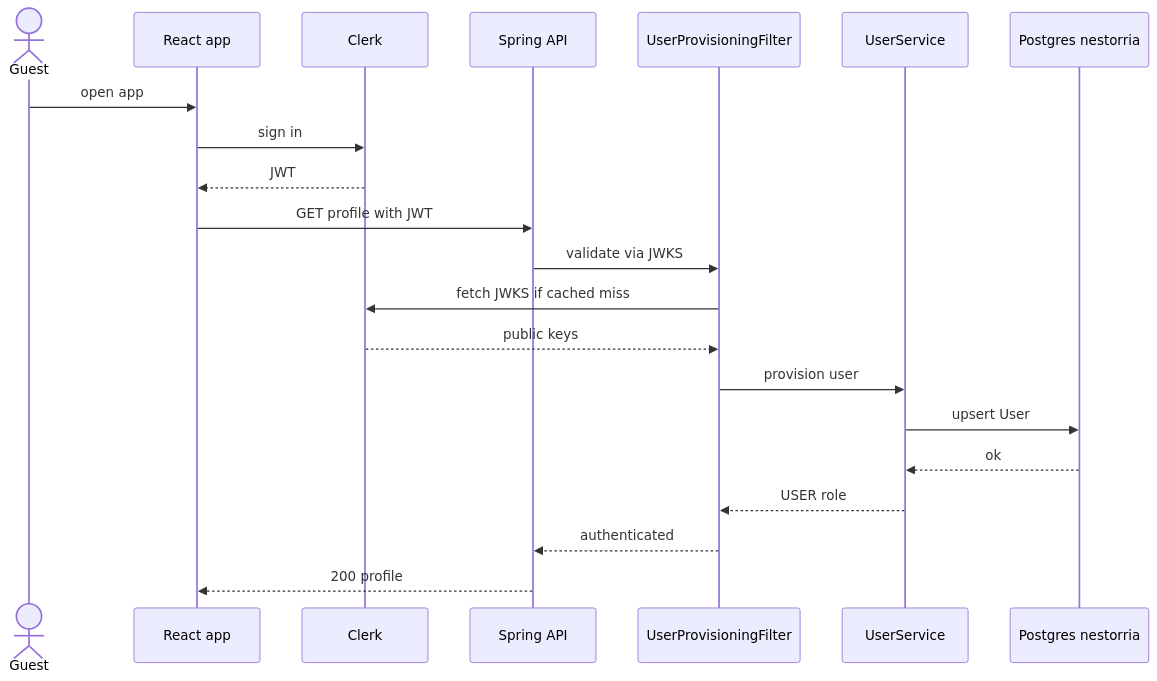
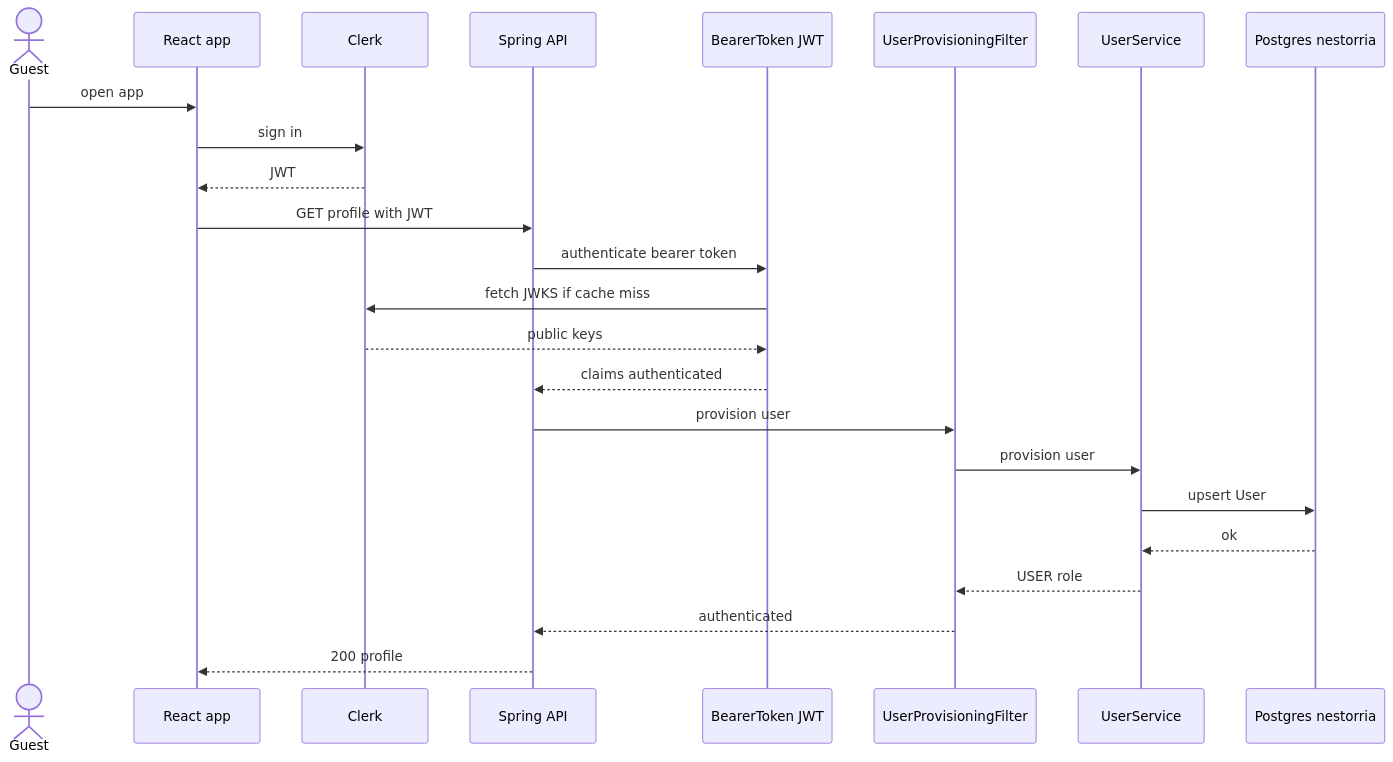
Before and after one commit to Sebastian906/Nestorria-FullStack: the diagram in docs/diagrams/sequence-auth-clerk.mmd, drawn with Mermaid. The commit also changed 15 other files, not shown here.

```diff
--- a/docs/diagrams/sequence-auth-clerk.mmd
+++ b/docs/diagrams/sequence-auth-clerk.mmd
@@ -1,22 +1,25 @@
 %% Nestorria - Clerk signup sequence (JWT -> provisioning)
 sequenceDiagram
   actor U as Guest
   participant R as React app
   participant C as Clerk
   participant S as Spring API
+  participant B as BearerToken JWT
   participant F as UserProvisioningFilter
   participant V as UserService
   participant D as Postgres nestorria
   U->>R: open app
   R->>C: sign in
   C-->>R: JWT
   R->>S: GET profile with JWT
-  S->>F: validate via JWKS
-  F->>C: fetch JWKS if cached miss
-  C-->>F: public keys
+  S->>B: authenticate bearer token
+  B->>C: fetch JWKS if cache miss
+  C-->>B: public keys
+  B-->>S: claims authenticated
+  S->>F: provision user
   F->>V: provision user
   V->>D: upsert User
   D-->>V: ok
   V-->>F: USER role
   F-->>S: authenticated
   S-->>R: 200 profile
```
